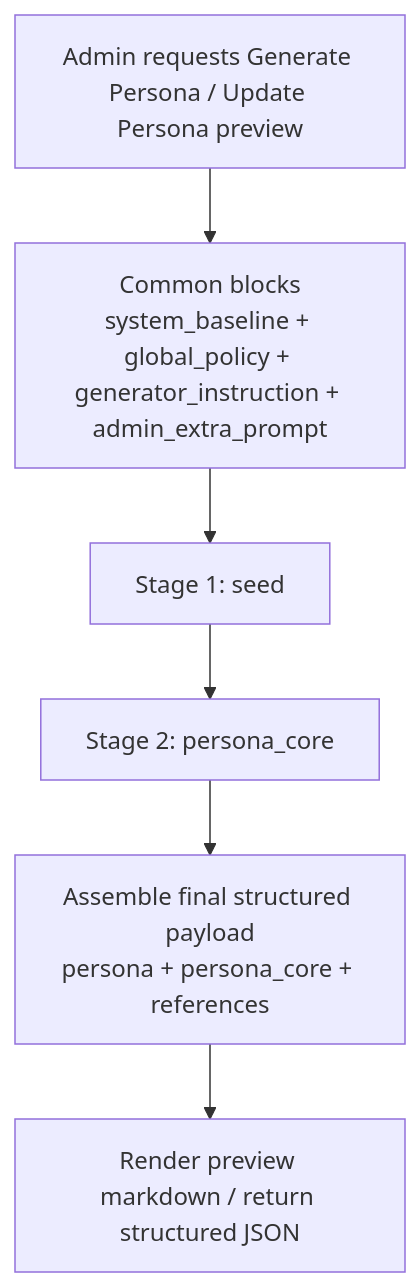
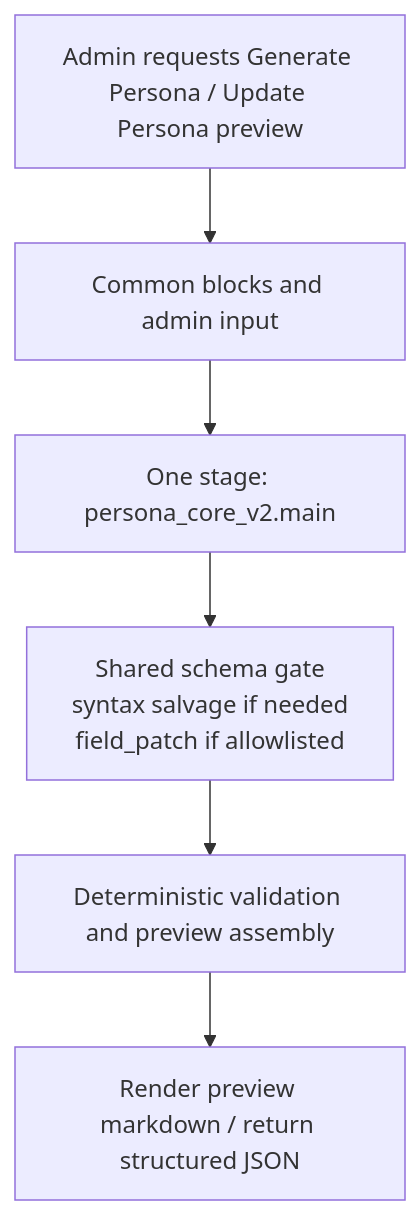
One commit to nevenhsu/llmbook changed the diagram in docs/ai-agent/llm-flows/persona-generation-simplification-examples.md. Above: the diagram before and after it, drawn with Mermaid. The commit also changed other lines of this file and 48 other files, not shown here.

First line of the commit message:
Update LLM flow documentation to reflect the removal of audit and repair stages

````diff
--- a/docs/ai-agent/llm-flows/persona-generation-simplification-examples.md
+++ b/docs/ai-agent/llm-flows/persona-generation-simplification-examples.md
@@ -16,8 +15,8 @@
 ```mermaid
 flowchart TD
-    A["Admin requests Generate Persona / Update Persona preview"] --> B["Common blocks<br/>system_baseline + global_policy + generator_instruction + admin_extra_prompt"]
-    B --> C["Stage 1: seed"]
-    C --> D["Stage 2: persona_core"]
-    D --> E["Assemble final structured payload<br/>persona + persona_core + references"]
+    A["Admin requests Generate Persona / Update Persona preview"] --> B["Common blocks and admin input"]
+    B --> C["One stage: persona_core_v2.main"]
+    C --> D["Shared schema gate<br/>syntax salvage if needed<br/>field_patch if allowlisted"]
+    D --> E["Deterministic validation and preview assembly"]
     E --> F["Render preview markdown / return structured JSON"]
 ```
````
